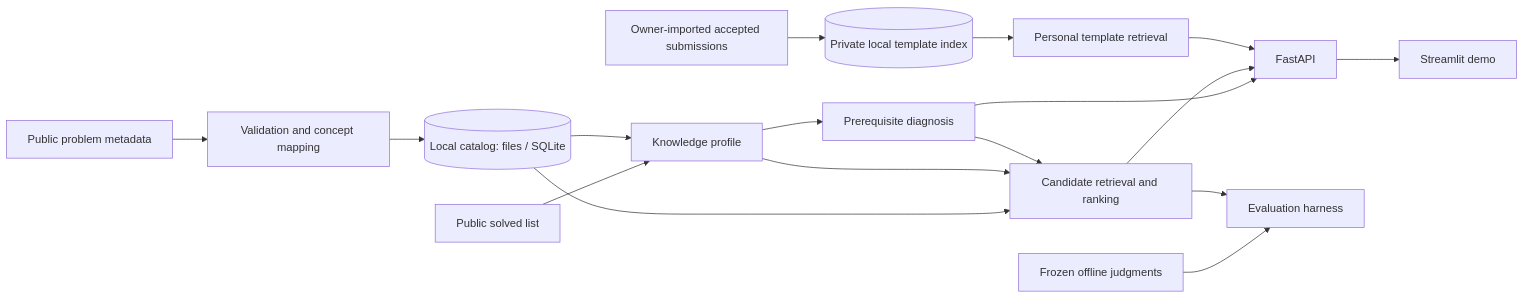
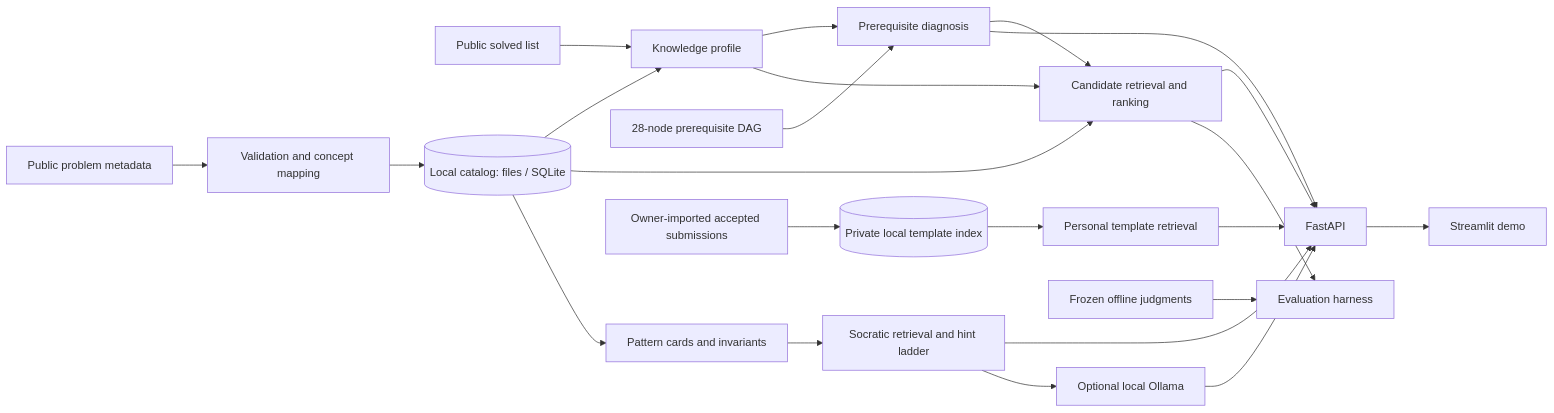
One commit to sachin2967/leetcode-knowledge-system changed the diagram in docs/ARCHITECTURE.md. Above: the diagram before and after it, drawn with Mermaid. The commit also changed other lines of this file and 41 other files, not shown here.

Commit message:
feat: complete Socratic mentor and local deployment

````diff
--- a/docs/ARCHITECTURE.md
+++ b/docs/ARCHITECTURE.md
@@ -9,19 +9,25 @@
 ```mermaid
 flowchart LR
     P[Public problem metadata] --> I[Validation and concept mapping]
     U[Public solved list] --> K[Knowledge profile]
     I --> C[(Local catalog: files / SQLite)]
     C --> K
     C --> R[Candidate retrieval and ranking]
     K --> D[Prerequisite diagnosis]
+    G[28-node prerequisite DAG] --> D
     K --> R
+    C --> Q[Pattern cards and invariants]
+    Q --> H[Socratic retrieval and hint ladder]
+    H --> A
+    H --> L[Optional local Ollama]
+    L --> A
     D --> R
     S[Owner-imported accepted submissions] --> T[(Private local template index)]
     T --> X[Personal template retrieval]
     D --> A[FastAPI]
     R --> A
     X --> A
     A --> V[Streamlit demo]
     E[Frozen offline judgments] --> M[Evaluation harness]
     R --> M
 ```
````
